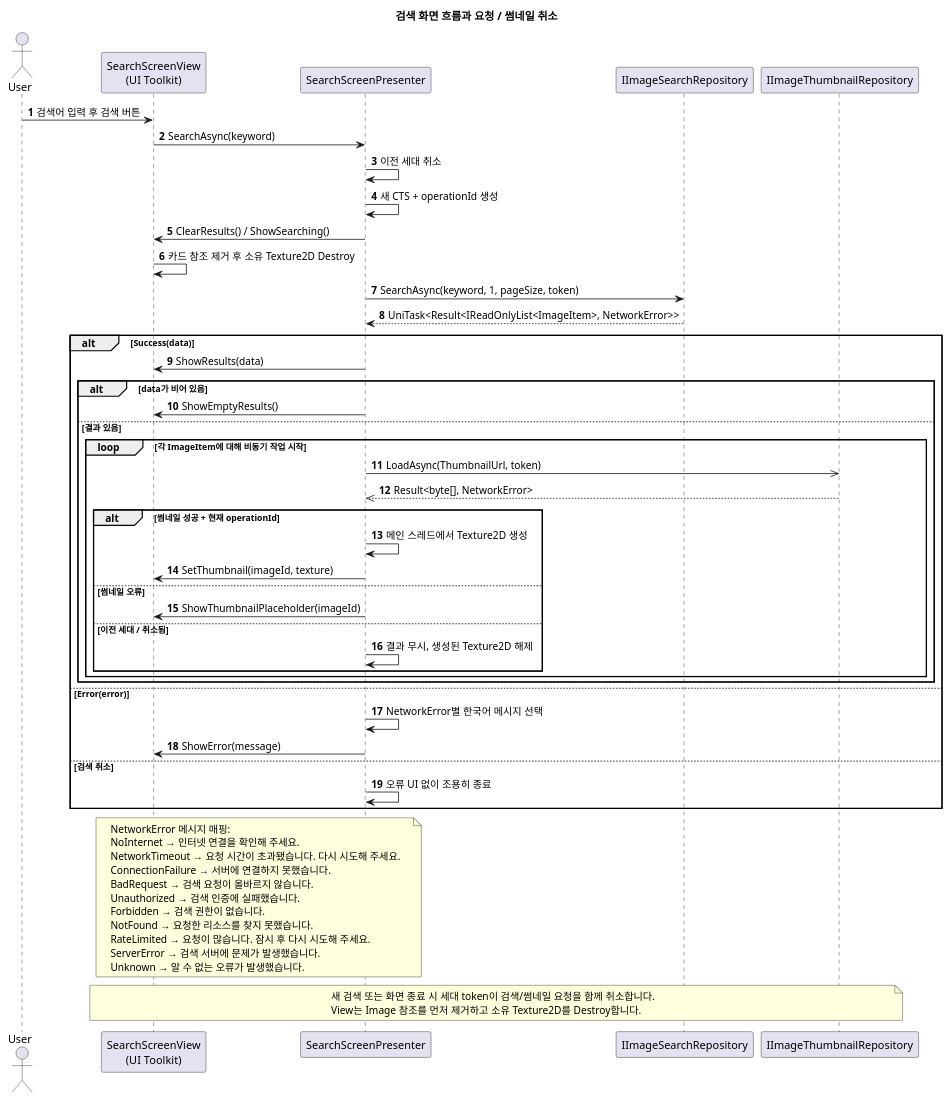
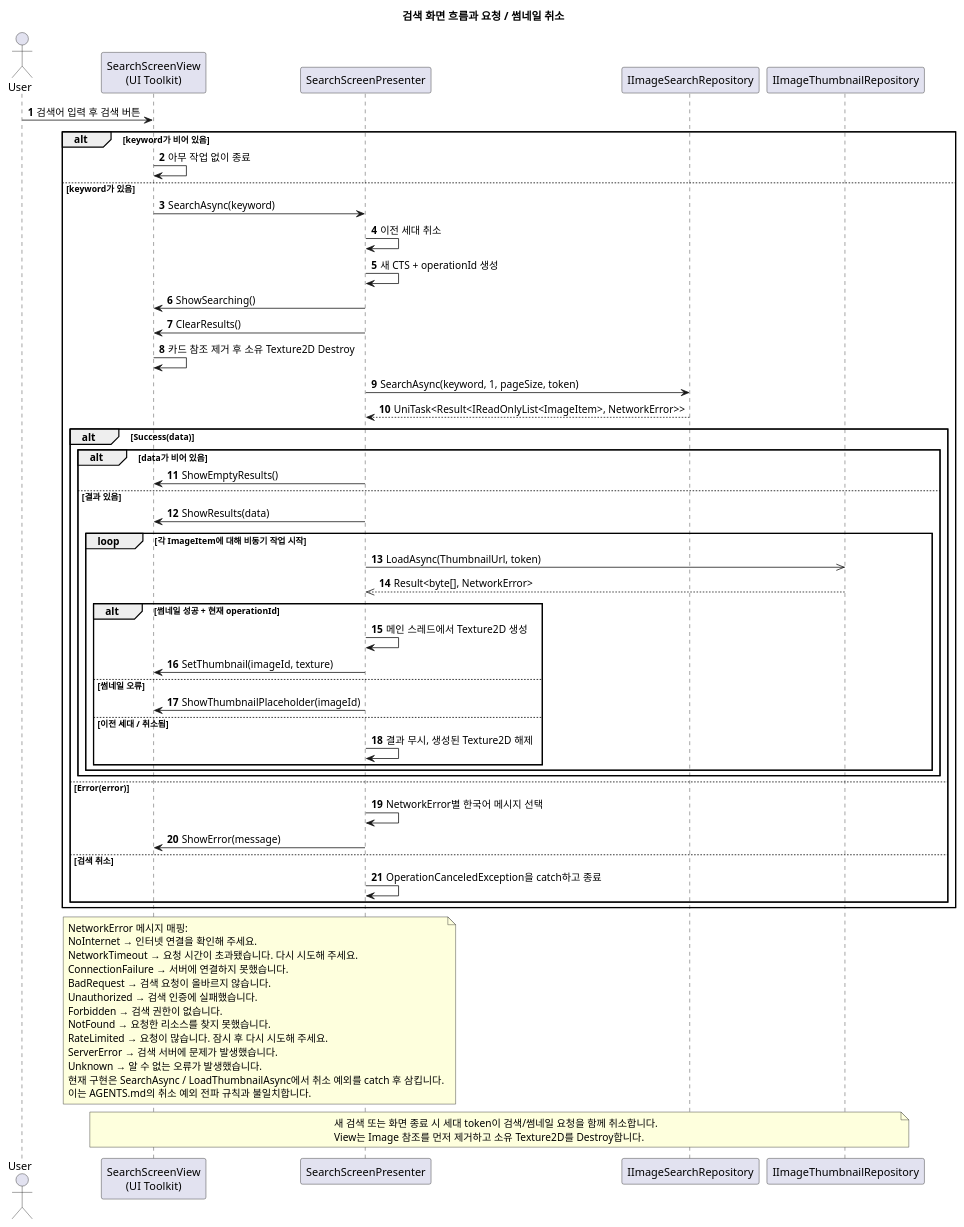
The second of 2 diagrams in diagram.puml (ssa25879/UsingAI-ImageSearchApp), drawn with PlantUML before and after one commit. The commit also changed other lines of this file and 2 other files, not shown here.

```diff
--- a/diagram.puml
+++ b/diagram.puml
@@ -364,63 +420,70 @@
 @startuml SearchScreenSearchFlow
 title 검색 화면 흐름과 요청 / 썸네일 취소
 autonumber
 
 actor User as User
 participant "SearchScreenView\n(UI Toolkit)" as View
 participant SearchScreenPresenter as Presenter
 participant IImageSearchRepository as SearchRepo
 participant IImageThumbnailRepository as ThumbnailRepo
 
 User -> View : 검색어 입력 후 검색 버튼
+alt keyword가 비어 있음
+  View -> View : 아무 작업 없이 종료
+else keyword가 있음
 View -> Presenter : SearchAsync(keyword)
 Presenter -> Presenter : 이전 세대 취소
 Presenter -> Presenter : 새 CTS + operationId 생성
-Presenter -> View : ClearResults() / ShowSearching()
+Presenter -> View : ShowSearching()
+Presenter -> View : ClearResults()
 View -> View : 카드 참조 제거 후 소유 Texture2D Destroy
 Presenter -> SearchRepo : SearchAsync(keyword, 1, pageSize, token)
 SearchRepo --> Presenter : UniTask<Result<IReadOnlyList<ImageItem>, NetworkError>>
 
 alt Success(data)
-  Presenter -> View : ShowResults(data)
   alt data가 비어 있음
     Presenter -> View : ShowEmptyResults()
   else 결과 있음
+    Presenter -> View : ShowResults(data)
     loop 각 ImageItem에 대해 비동기 작업 시작
       Presenter ->> ThumbnailRepo : LoadAsync(ThumbnailUrl, token)
       ThumbnailRepo -->> Presenter : Result<byte[], NetworkError>
       alt 썸네일 성공 + 현재 operationId
         Presenter -> Presenter : 메인 스레드에서 Texture2D 생성
         Presenter -> View : SetThumbnail(imageId, texture)
       else 썸네일 오류
         Presenter -> View : ShowThumbnailPlaceholder(imageId)
       else 이전 세대 / 취소됨
         Presenter -> Presenter : 결과 무시, 생성된 Texture2D 해제
       end
     end
   end
 else Error(error)
   Presenter -> Presenter : NetworkError별 한국어 메시지 선택
   Presenter -> View : ShowError(message)
 else 검색 취소
-  Presenter -> Presenter : 오류 UI 없이 조용히 종료
+  Presenter -> Presenter : OperationCanceledException을 catch하고 종료
+end
 end
 
 note over Presenter, View
   NetworkError 메시지 매핑:
   NoInternet → 인터넷 연결을 확인해 주세요.
   NetworkTimeout → 요청 시간이 초과됐습니다. 다시 시도해 주세요.
   ConnectionFailure → 서버에 연결하지 못했습니다.
   BadRequest → 검색 요청이 올바르지 않습니다.
   Unauthorized → 검색 인증에 실패했습니다.
   Forbidden → 검색 권한이 없습니다.
   NotFound → 요청한 리소스를 찾지 못했습니다.
   RateLimited → 요청이 많습니다. 잠시 후 다시 시도해 주세요.
   ServerError → 검색 서버에 문제가 발생했습니다.
   Unknown → 알 수 없는 오류가 발생했습니다.
+  현재 구현은 SearchAsync / LoadThumbnailAsync에서 취소 예외를 catch 후 삼킵니다.
+  이는 AGENTS.md의 취소 예외 전파 규칙과 불일치합니다.
 end note
 
 note over View, ThumbnailRepo
   새 검색 또는 화면 종료 시 세대 token이 검색/썸네일 요청을 함께 취소합니다.
   View는 Image 참조를 먼저 제거하고 소유 Texture2D를 Destroy합니다.
 end note
 @enduml
```
